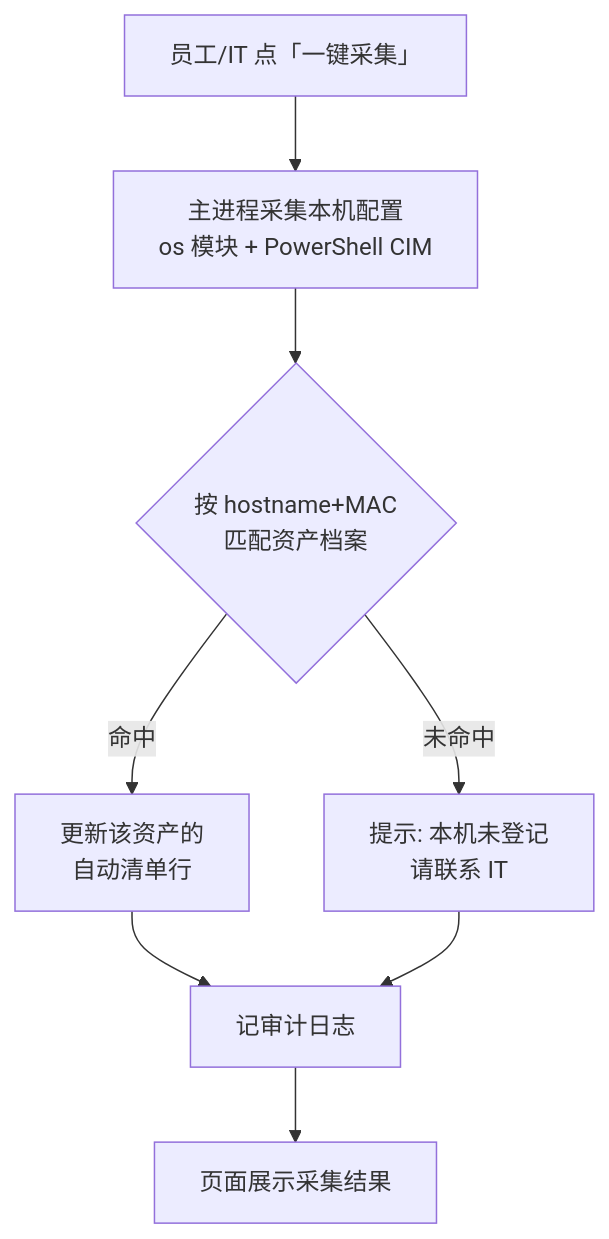
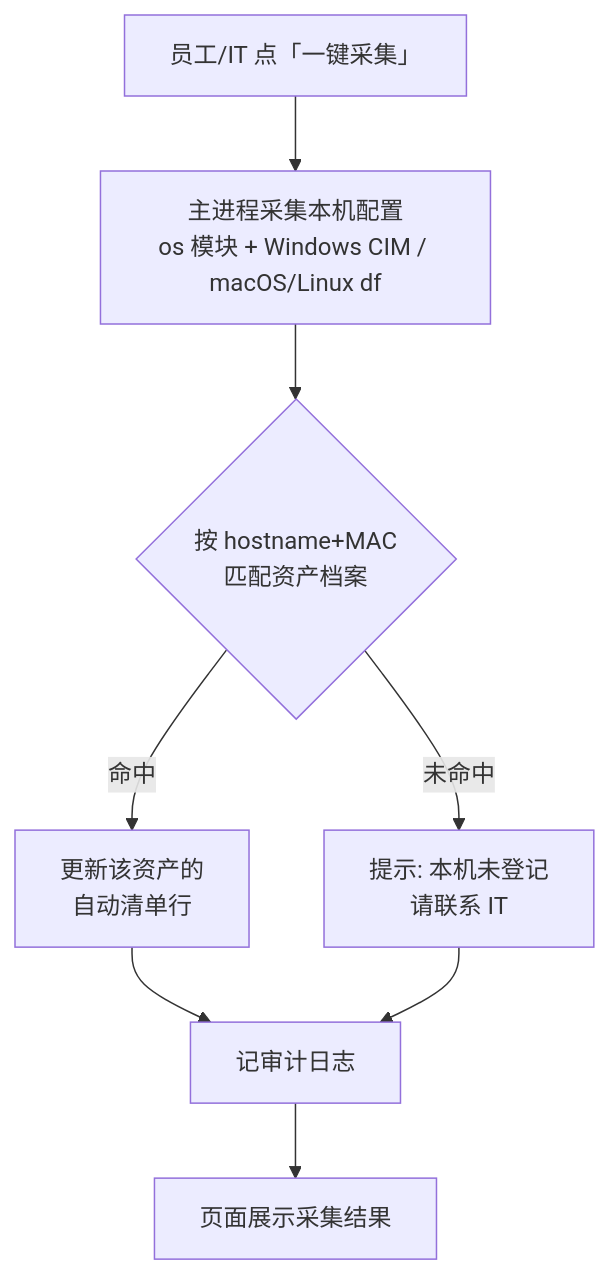
One commit to jerrywu001/assets-electron-demo changed the fifth of 7 diagrams in docs/prd/V0.1.0/业务流程图.md. Above: the diagram before and after it, drawn with Mermaid. The commit also changed 71 other files, not shown here.

````diff
--- a/docs/prd/V0.1.0/业务流程图.md
+++ b/docs/prd/V0.1.0/业务流程图.md
@@ -92,10 +92,10 @@
 ```mermaid
 flowchart TD
-    A[员工/IT 点「一键采集」] --> B[主进程采集本机配置<br/>os 模块 + PowerShell CIM]
+    A[员工/IT 点「一键采集」] --> B[主进程采集本机配置<br/>os 模块 + Windows CIM / macOS/Linux df]
     B --> C{按 hostname+MAC<br/>匹配资产档案}
     C -->|命中| D[更新该资产的<br/>自动清单行]
     C -->|未命中| E[提示: 本机未登记<br/>请联系 IT]
     D --> F[记审计日志]
     E --> F
     F --> G[页面展示采集结果]
 ```
````
